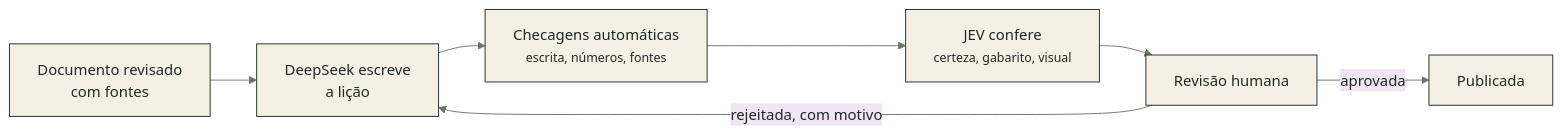
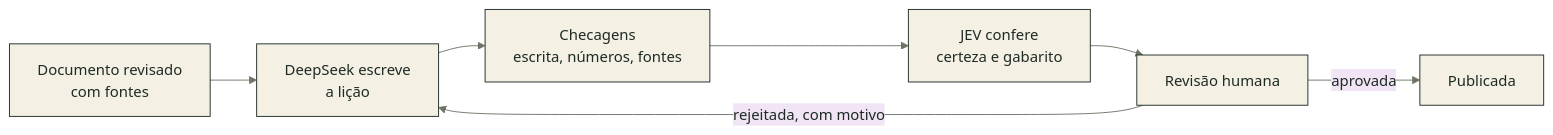
One commit to MarcosToquetao/Novos-Conhecimentos changed the second of 2 diagrams in README.md. Above: the diagram before and after it, drawn with Mermaid. The commit also changed other lines of this file, not shown here.

Commit message:
README: rótulos dos diagramas sem corte no GitHub

````diff
--- a/README.md
+++ b/README.md
@@ -67,10 +67,10 @@
 ```mermaid
 %%{init: {'theme':'base','themeVariables':{'primaryColor':'#F4F1E4','primaryTextColor':'#1E2A24','primaryBorderColor':'#1E2A24','lineColor':'#6B7466','fontFamily':'Georgia, serif'}}}%%
 flowchart LR
     D["Documento revisado<br/>com fontes"] --> G["DeepSeek escreve<br/>a lição"]
-    G --> K["Checagens automáticas<br/><small>escrita, números, fontes</small>"]
-    K --> J["JEV confere<br/><small>certeza, gabarito, visual</small>"]
+    G --> K["Checagens<br/>escrita, números, fontes"]
+    K --> J["JEV confere<br/>certeza e gabarito"]
     J --> H["Revisão humana"]
     H -->|aprovada| P["Publicada"]
     H -->|rejeitada, com motivo| G
 ```
````
